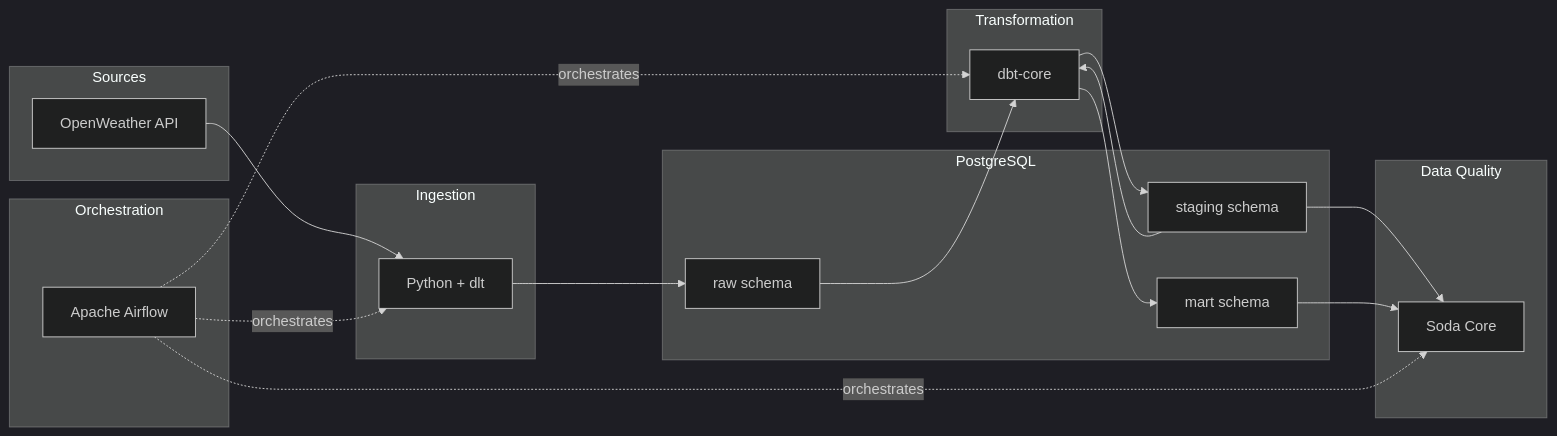
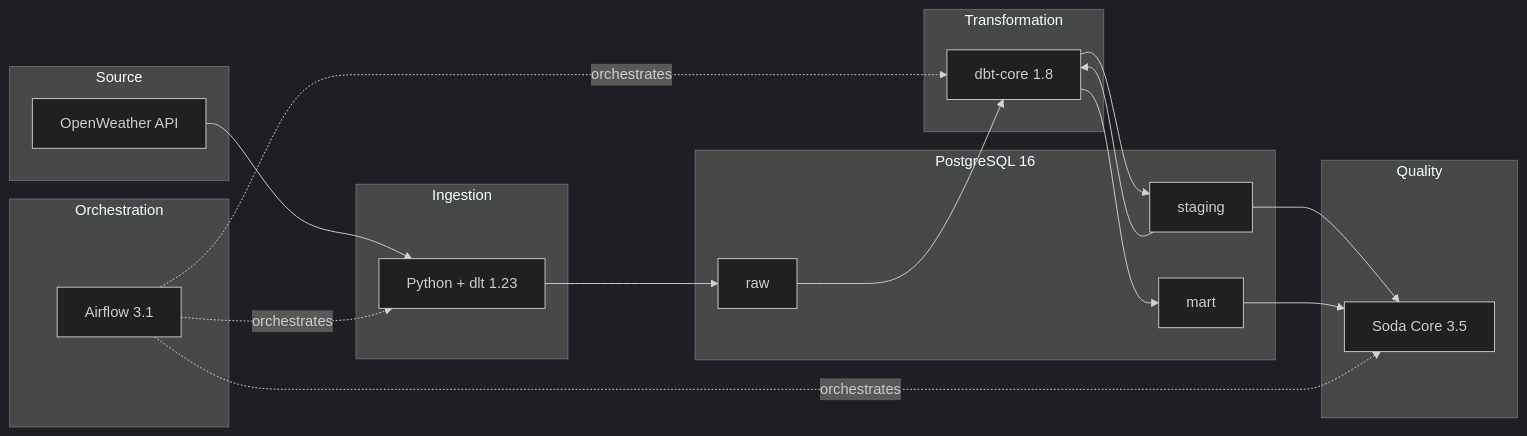
The first of 2 diagrams in README.md (Adrien-Crapart/data-engineering-pipeline), drawn with Mermaid (dark theme) before and after one commit. The commit also changed other lines of this file, not shown here.

````diff
--- a/README.md
+++ b/README.md
@@ -18,32 +20,31 @@
 ```mermaid
 flowchart LR
-    subgraph sources [Sources]
+    subgraph sources ["Source"]
         API["OpenWeather API"]
     end
-    subgraph ingestion [Ingestion]
-        DLT["Python + dlt"]
+    subgraph ingestion ["Ingestion"]
+        DLT["Python + dlt 1.23"]
     end
-    subgraph storage [PostgreSQL]
-        RAW["raw schema"]
-        STG["staging schema"]
-        MART["mart schema"]
+    subgraph storage ["PostgreSQL 16"]
+        RAW["raw"]
+        STG["staging"]
+        MART["mart"]
     end
-    subgraph transform [Transformation]
-        DBT["dbt-core"]
+    subgraph transform ["Transformation"]
+        DBT["dbt-core 1.8"]
     end
-    subgraph quality [Data Quality]
-        SODA["Soda Core"]
+    subgraph quality ["Quality"]
+        SODA["Soda Core 3.5"]
     end
-    subgraph orchestration [Orchestration]
-        AF["Apache Airflow"]
+    subgraph orchestration ["Orchestration"]
+        AF["Airflow 3.1"]
     end
 
     API --> DLT --> RAW
-    RAW --> DBT --> STG
-    STG --> DBT --> MART
+    RAW --> DBT --> STG --> DBT --> MART
     STG --> SODA
     MART --> SODA
-    AF -.->|"orchestrates"| DLT
-    AF -.->|"orchestrates"| DBT
-    AF -.->|"orchestrates"| SODA
+    AF -.->|orchestrates| DLT
+    AF -.->|orchestrates| DBT
+    AF -.->|orchestrates| SODA
 ```
````
